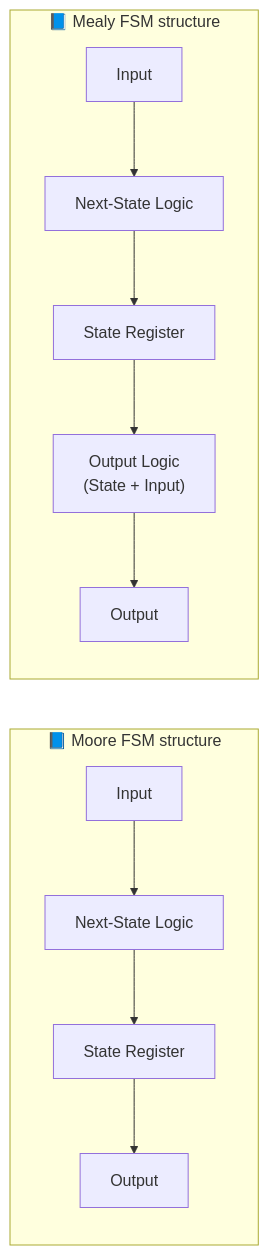
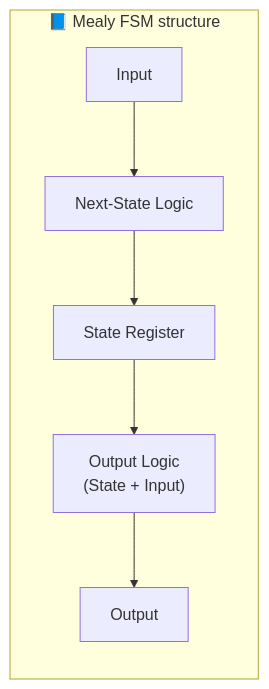
Before and after one commit to Samizo-AITL/Edusemi-v4x: the fourth of 4 diagrams in chapter2_comb_logic/2.6_fsm_intro.md, drawn with Mermaid.

````diff
--- a/chapter2_comb_logic/2.6_fsm_intro.md
+++ b/chapter2_comb_logic/2.6_fsm_intro.md
@@ -92,24 +104,13 @@
 ```mermaid
-flowchart LR
-    %% Moore FSM構造（上）
-    subgraph MooreFSM [📘 Moore FSM structure]
-        direction TB
-        M1["Input"]
-        M2["Next-State Logic"]
-        M3["State Register"]
-        M4["Output"]
-        M1 --> M2 --> M3 --> M4
-    end
-
+flowchart TB
     %% Mealy FSM構造（下）
     subgraph MealyFSM [📘 Mealy FSM structure]
         direction TB
         E1["Input"]
         E2["Next-State Logic"]
         E3["State Register"]
         E4["Output Logic<br/>(State + Input)"]
         E5["Output"]
         E1 --> E2 --> E3 --> E4 --> E5
     end
-
 ```
````
